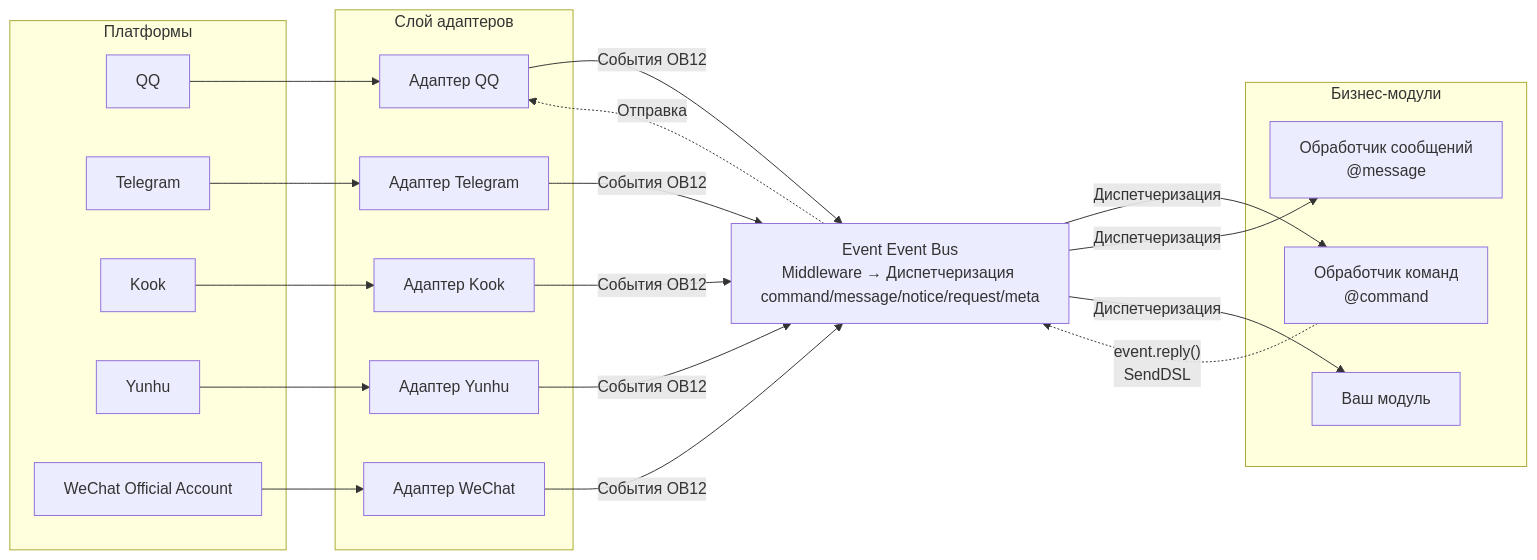
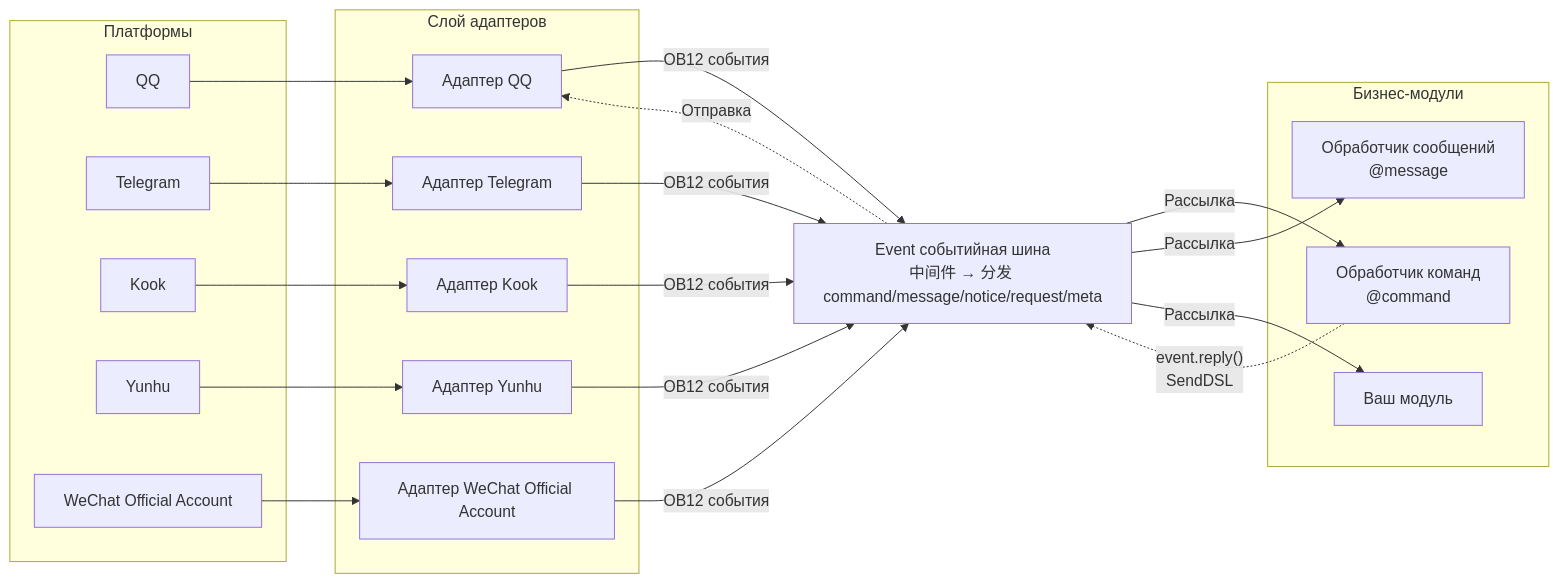
One commit to ErisPulse/ErisPulse changed the first of 2 diagrams in README.ru.md. Above: the diagram before and after it, drawn with Mermaid. The commit also changed other lines of this file and 31 other files, not shown here.

````diff
--- a/README.ru.md
+++ b/README.ru.md
@@ -112,45 +112,45 @@
 ```mermaid
 graph LR
     subgraph Platforms[Платформы]
         QQ["QQ"]
         TG["Telegram"]
         Kook["Kook"]
         YH["Yunhu"]
         WX["WeChat Official Account"]
     end
 
     subgraph Adapters[Слой адаптеров]
         A1["Адаптер QQ"]
         A2["Адаптер Telegram"]
         A3["Адаптер Kook"]
         A4["Адаптер Yunhu"]
-        A5["Адаптер WeChat"]
+        A5["Адаптер WeChat Official Account"]
     end
 
-    Event["Event Event Bus<br/>Middleware → Диспетчеризация command/message/notice/request/meta"]
+    Event["Event событийная шина<br/>中间件 → 分发 command/message/notice/request/meta"]
 
     subgraph Modules[Бизнес-модули]
         M1["Обработчик команд<br/>@command"]
         M2["Обработчик сообщений<br/>@message"]
         M3["Ваш модуль"]
     end
 
     QQ --> A1
     TG --> A2
     Kook --> A3
     YH --> A4
     WX --> A5
 
-    A1 -->|"События OB12"| Event
-    A2 -->|"События OB12"| Event
-    A3 -->|"События OB12"| Event
-    A4 -->|"События OB12"| Event
-    A5 -->|"События OB12"| Event
+    A1 -->|"OB12 события"| Event
+    A2 -->|"OB12 события"| Event
+    A3 -->|"OB12 события"| Event
+    A4 -->|"OB12 события"| Event
+    A5 -->|"OB12 события"| Event
 
-    Event -->|"Диспетчеризация"| M1
-    Event -->|"Диспетчеризация"| M2
-    Event -->|"Диспетчеризация"| M3
+    Event -->|"Рассылка"| M1
+    Event -->|"Рассылка"| M2
+    Event -->|"Рассылка"| M3
 
     M1 -.->|"event.reply()<br/>SendDSL"| Event
     Event -.->|"Отправка"| A1
 ```
````
